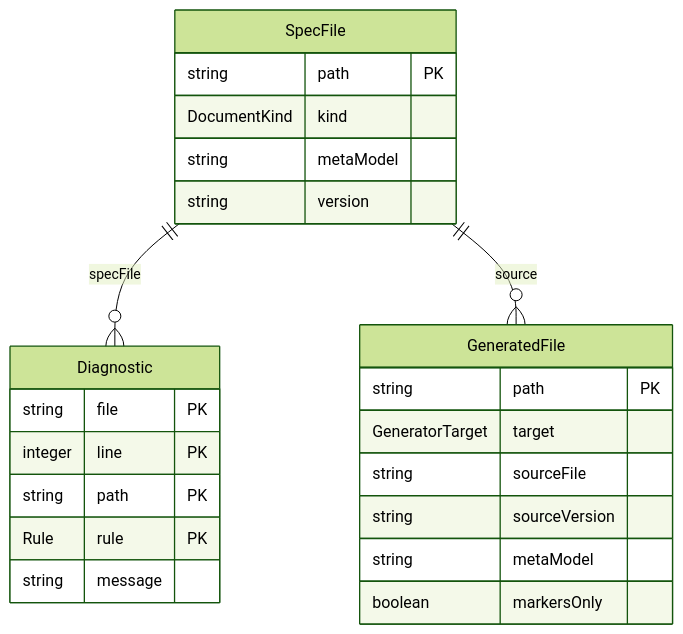
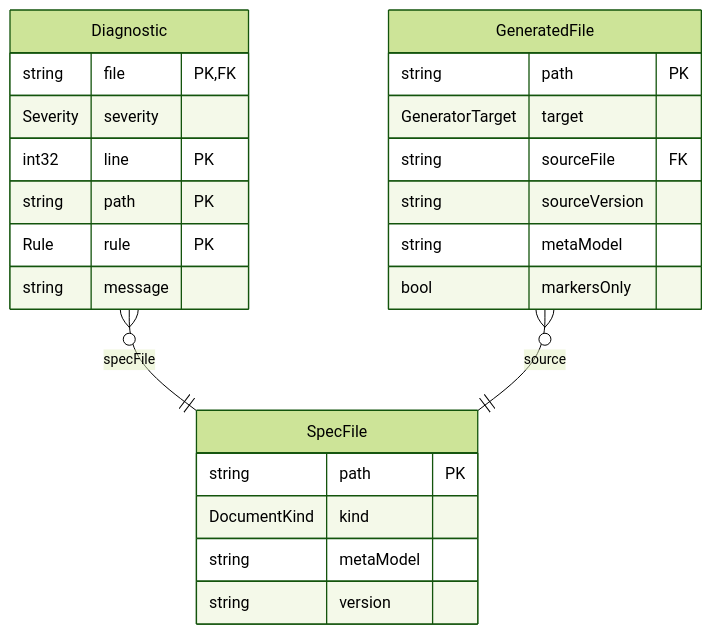
Before and after one commit to SpecArch/specarch: the second of 3 diagrams in spec/specarch.specarch-design.md, drawn with Mermaid (forest theme). The commit also changed other lines of this file and 79 other files, not shown here.

````diff
--- a/spec/specarch.specarch-design.md
+++ b/spec/specarch.specarch-design.md
@@ -60,26 +61,27 @@
 ```mermaid
 erDiagram
-  SpecFile ||--o{ Diagnostic : specFile
-  SpecFile ||--o{ GeneratedFile : source
+  Diagnostic }o--|| SpecFile : specFile
+  GeneratedFile }o--|| SpecFile : source
   SpecFile {
     string path PK
     DocumentKind kind
     string metaModel
     string version
   }
   Diagnostic {
-    string file PK
-    integer line PK
+    string file PK, FK
+    Severity severity
+    int32 line PK
     string path PK
     Rule rule PK
     string message
   }
   GeneratedFile {
     string path PK
     GeneratorTarget target
-    string sourceFile
+    string sourceFile FK
     string sourceVersion
     string metaModel
-    boolean markersOnly
+    bool markersOnly
   }
 ```
````
